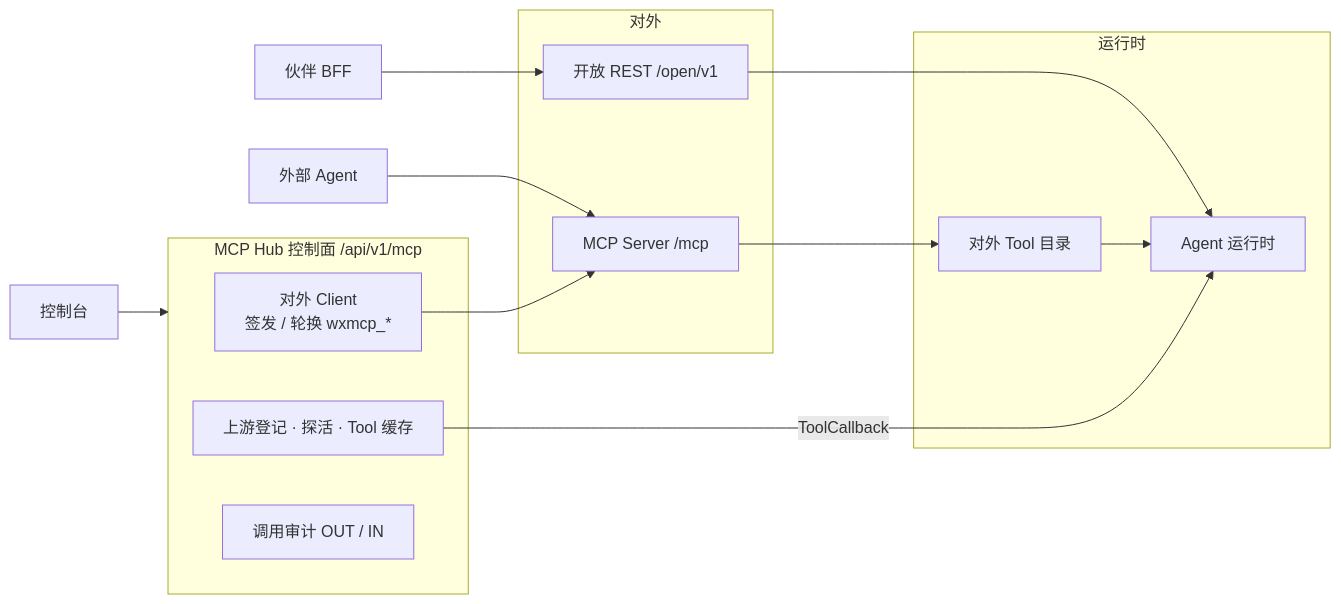
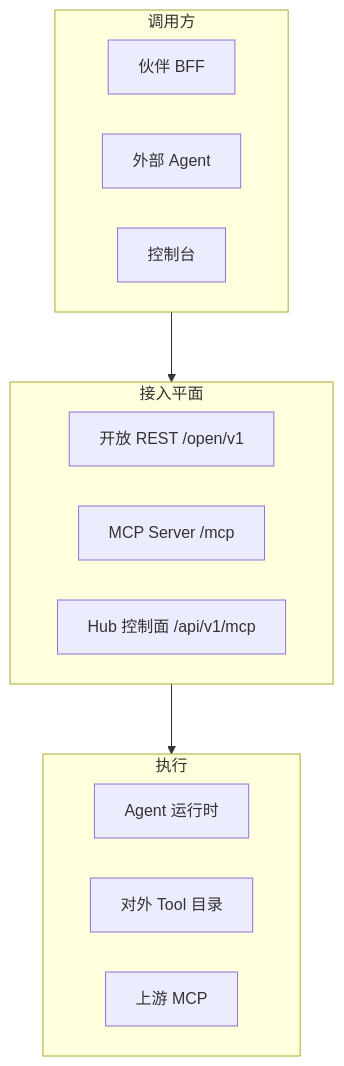
The tenth of 11 diagrams in zhishu-backend/README.md (DataFutureX/zhishu-integrable-framework), drawn with Mermaid before and after one commit. The commit also changed other lines of this file and 83 other files, not shown here.

````diff
--- a/zhishu-backend/README.md
+++ b/zhishu-backend/README.md
@@ -290,27 +474,27 @@
 ```mermaid
-flowchart LR
-  subgraph Outbound["对外"]
+%%{init: {"flowchart": {"nodeSpacing": 40, "rankSpacing": 70, "curve": "linear"}}}%%
+flowchart TB
+  subgraph Callers["调用方"]
+    direction LR
+    BFF["伙伴 BFF"]
+    Cursor["外部 Agent"]
+    Console["控制台"]
+  end
+
+  subgraph Planes["接入平面"]
+    direction LR
     OA["开放 REST /open/v1"]
     MS["MCP Server /mcp"]
+    Hub["Hub 控制面 /api/v1/mcp"]
   end
 
-  subgraph Hub["MCP Hub 控制面 /api/v1/mcp"]
-    Clients["对外 Client<br/>签发 / 轮换 wxmcp_*"]
-    Ups["上游登记 · 探活 · Tool 缓存"]
-    Audit["调用审计 OUT / IN"]
+  subgraph Exec["执行"]
+    direction LR
+    AgentRt["Agent 运行时"]
+    Catalog["对外 Tool 目录"]
+    Ups["上游 MCP"]
   end
 
-  subgraph Runtime["运行时"]
-    AgentRt["Agent 运行时"]
-    Catalog["对外 Tool 目录"]
-  end
-
-  PartnerBFF["伙伴 BFF"] --> OA
-  Cursor["外部 Agent"] --> MS
-  Console["控制台"] --> Hub
-  OA --> AgentRt
-  MS --> Catalog
-  Catalog --> AgentRt
-  Ups -->|"ToolCallback"| AgentRt
-  Clients --> MS
+  Callers --> Planes
+  Planes --> Exec
 ```
````
